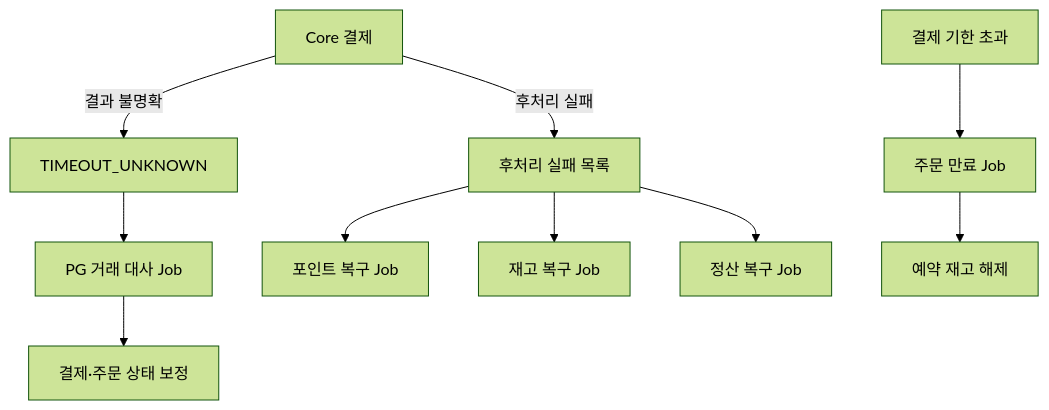
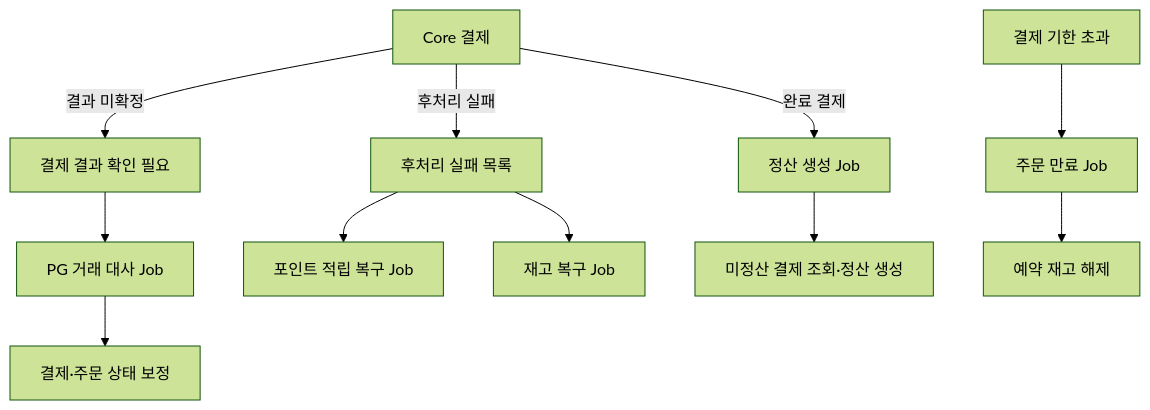
Before and after one commit to PocketPayStore/PocketPay_Batch: the diagram in README.md, drawn with Mermaid (forest theme). The commit also changed other lines of this file, not shown here.

Commit message:
docs: document settlement creation job

```diff
--- a/README.md
+++ b/README.md
@@ -16,12 +16,13 @@
 ~~~mermaid
 flowchart TB
-    A[Core 결제] -->|결과 불명확| B[TIMEOUT_UNKNOWN]
+    A[Core 결제] -->|결과 미확정| B[결제 결과 확인 필요]
     B --> C[PG 거래 대사 Job]
     C --> D[결제·주문 상태 보정]
     A -->|후처리 실패| E[후처리 실패 목록]
-    E --> F[포인트 복구 Job]
+    E --> F[포인트 적립 복구 Job]
     E --> G[재고 복구 Job]
-    E --> H[정산 복구 Job]
-    I[결제 기한 초과] --> J[주문 만료 Job]
-    J --> K[예약 재고 해제]
+    A -->|완료 결제| H[정산 생성 Job]
+    H --> I[미정산 결제 조회·정산 생성]
+    L[결제 기한 초과] --> M[주문 만료 Job]
+    M --> N[예약 재고 해제]
 ~~~
```
